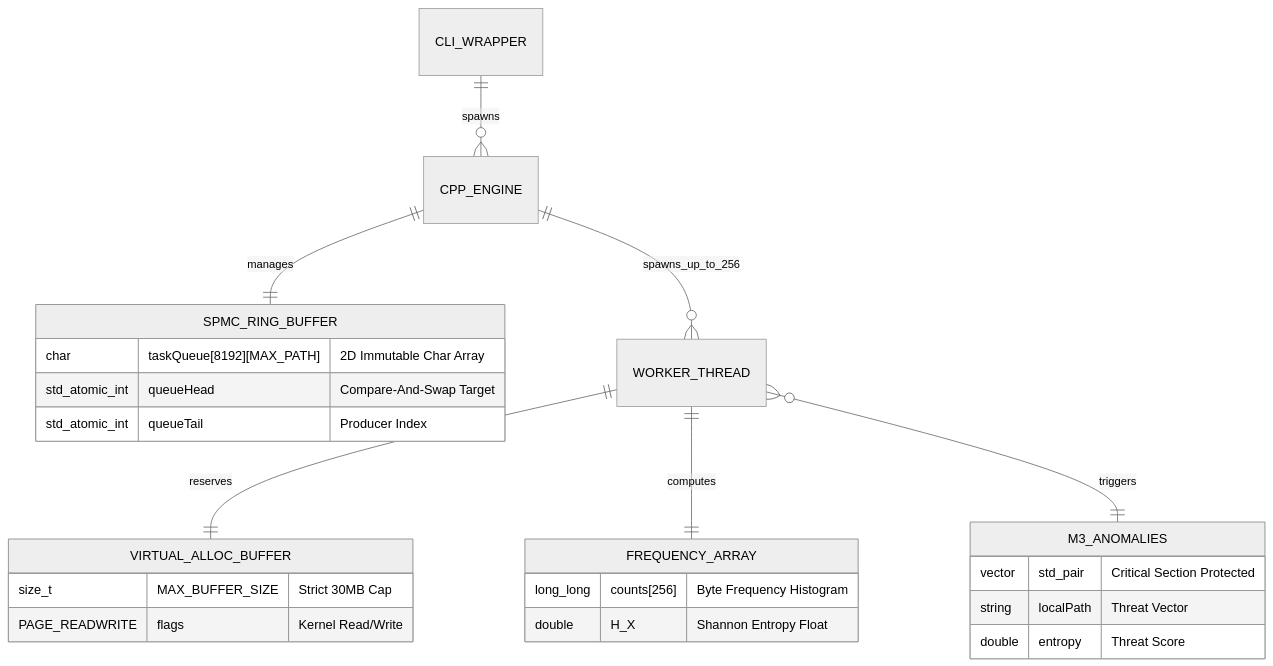
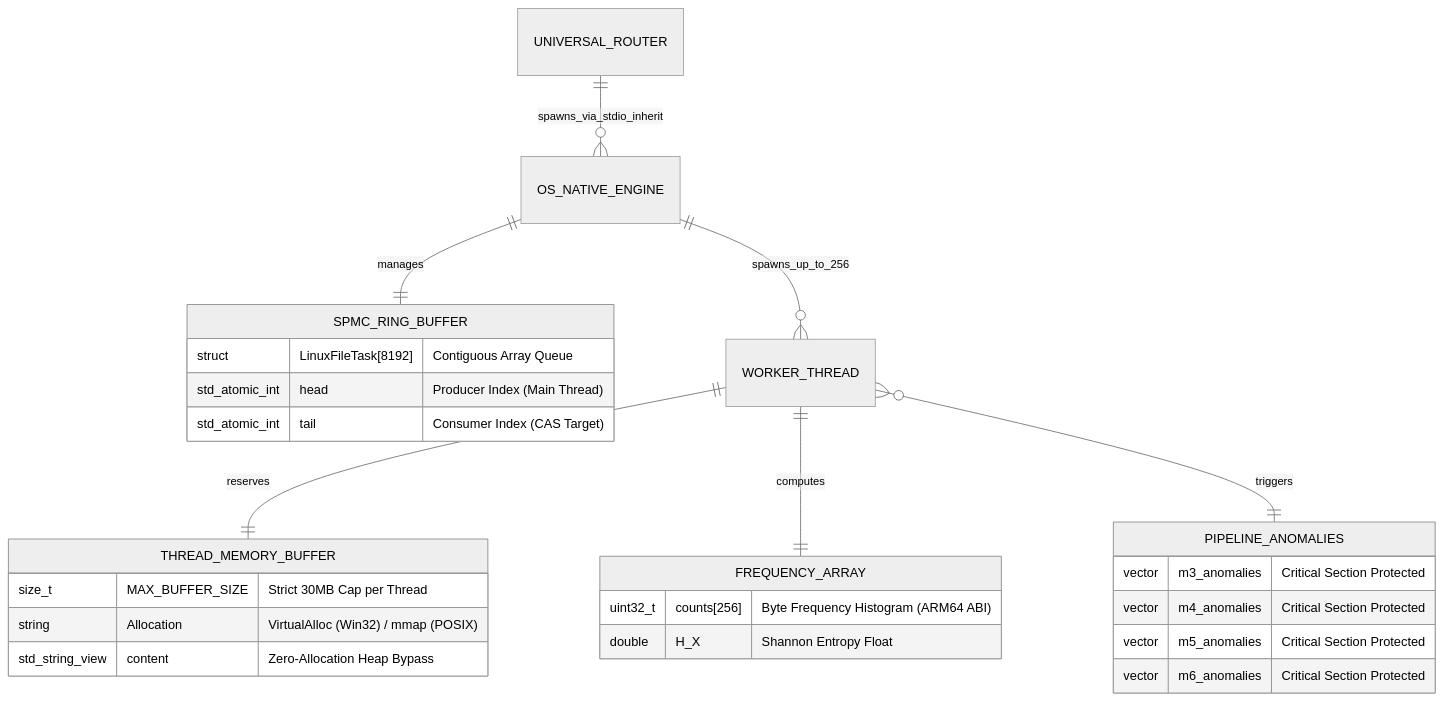
Before and after one commit to Zeo120/ZTL-Tech: the second of 2 diagrams in docs/DATA_FLOW.md, drawn with Mermaid (neutral theme). The commit also changed other lines of this file and 1 other file, not shown here.

Commit message:
docs: rewrite architecture and data flow diagrams to map out the cross-platform kernel bypass pipeline and new memory models

````diff
--- a/docs/DATA_FLOW.md
+++ b/docs/DATA_FLOW.md
@@ -50,31 +57,33 @@
 ```mermaid
 erDiagram
-    CLI_WRAPPER ||--o{ CPP_ENGINE : spawns
-    CPP_ENGINE ||--|| SPMC_RING_BUFFER : manages
-    CPP_ENGINE ||--o{ WORKER_THREAD : spawns_up_to_256
+    UNIVERSAL_ROUTER ||--o{ OS_NATIVE_ENGINE : spawns_via_stdio_inherit
+    OS_NATIVE_ENGINE ||--|| SPMC_RING_BUFFER : manages
+    OS_NATIVE_ENGINE ||--o{ WORKER_THREAD : spawns_up_to_256
     
     SPMC_RING_BUFFER {
-        char taskQueue[8192][MAX_PATH] "2D Immutable Char Array"
-        std_atomic_int queueHead "Compare-And-Swap Target"
-        std_atomic_int queueTail "Producer Index"
+        struct LinuxFileTask[8192] "Contiguous Array Queue"
+        std_atomic_int head "Producer Index (Main Thread)"
+        std_atomic_int tail "Consumer Index (CAS Target)"
     }
     
-    WORKER_THREAD ||--|| VIRTUAL_ALLOC_BUFFER : reserves
-    VIRTUAL_ALLOC_BUFFER {
-        size_t MAX_BUFFER_SIZE "Strict 30MB Cap"
-        PAGE_READWRITE flags "Kernel Read/Write"
+    WORKER_THREAD ||--|| THREAD_MEMORY_BUFFER : reserves
+    THREAD_MEMORY_BUFFER {
+        size_t MAX_BUFFER_SIZE "Strict 30MB Cap per Thread"
+        string Allocation "VirtualAlloc (Win32) / mmap (POSIX)"
+        std_string_view content "Zero-Allocation Heap Bypass"
     }
     
     WORKER_THREAD ||--|| FREQUENCY_ARRAY : computes
     FREQUENCY_ARRAY {
-        long_long counts[256] "Byte Frequency Histogram"
+        uint32_t counts[256] "Byte Frequency Histogram (ARM64 ABI)"
         double H_X "Shannon Entropy Float"
     }
 
-    WORKER_THREAD }o--|| M3_ANOMALIES : triggers
-    M3_ANOMALIES {
-        vector std_pair "Critical Section Protected"
-        string localPath "Threat Vector"
-        double entropy "Threat Score"
+    WORKER_THREAD }o--|| PIPELINE_ANOMALIES : triggers
+    PIPELINE_ANOMALIES {
+        vector m3_anomalies "Critical Section Protected"
+        vector m4_anomalies "Critical Section Protected"
+        vector m5_anomalies "Critical Section Protected"
+        vector m6_anomalies "Critical Section Protected"
     }
 ```
````
